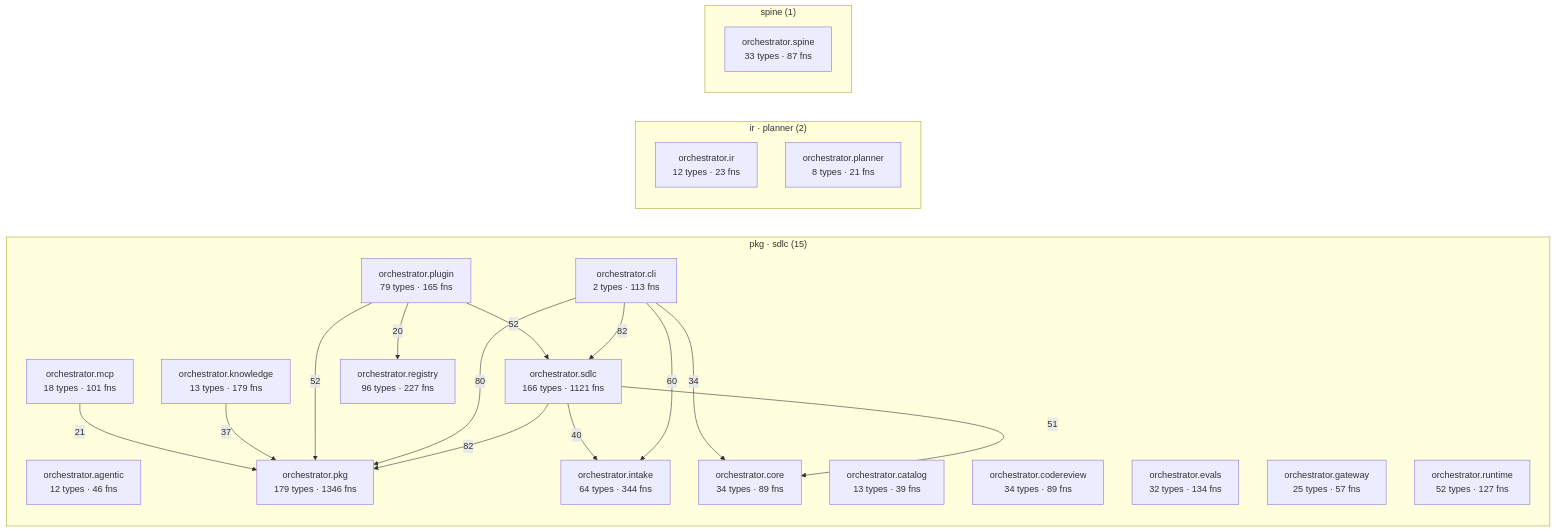
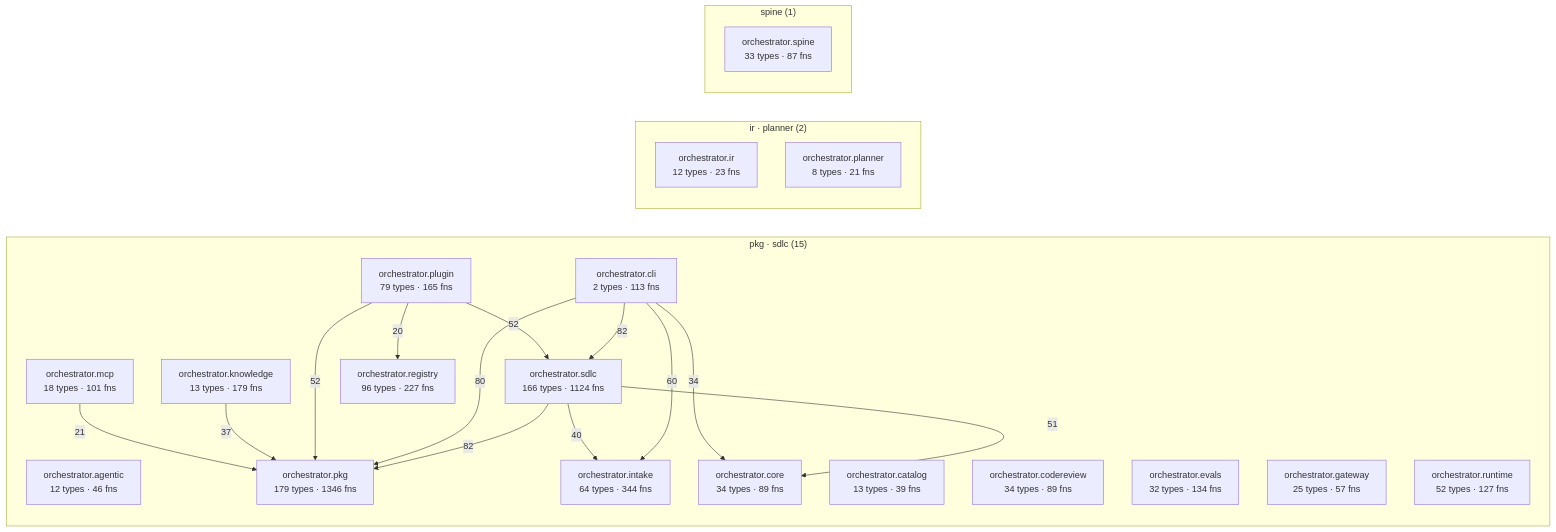
The diagram in episteme/architecture.md (synaptixs/spine), drawn with Mermaid before and after one commit. The commit also changed other lines of this file and 20 other files, not shown here.

````diff
--- a/episteme/architecture.md
+++ b/episteme/architecture.md
@@ -56,39 +56,39 @@
 ```mermaid
 flowchart LR
   subgraph c_2["pkg · sdlc (15)"]
     aorchestratoragentic["orchestrator.agentic<br/>12 types · 46 fns"]
     aorchestratorcatalog["orchestrator.catalog<br/>13 types · 39 fns"]
     aorchestratorcli["orchestrator.cli<br/>2 types · 113 fns"]
     aorchestratorcodereview["orchestrator.codereview<br/>34 types · 89 fns"]
     aorchestratorcore["orchestrator.core<br/>34 types · 89 fns"]
     aorchestratorevals["orchestrator.evals<br/>32 types · 134 fns"]
     aorchestratorgateway["orchestrator.gateway<br/>25 types · 57 fns"]
     aorchestratorintake["orchestrator.intake<br/>64 types · 344 fns"]
     aorchestratorknowledge["orchestrator.knowledge<br/>13 types · 179 fns"]
     aorchestratormcp["orchestrator.mcp<br/>18 types · 101 fns"]
     aorchestratorpkg["orchestrator.pkg<br/>179 types · 1346 fns"]
     aorchestratorplugin["orchestrator.plugin<br/>79 types · 165 fns"]
     aorchestratorregistry["orchestrator.registry<br/>96 types · 227 fns"]
     aorchestratorruntime["orchestrator.runtime<br/>52 types · 127 fns"]
-    aorchestratorsdlc["orchestrator.sdlc<br/>166 types · 1121 fns"]
+    aorchestratorsdlc["orchestrator.sdlc<br/>166 types · 1124 fns"]
   end
   subgraph c_5["ir · planner (2)"]
     aorchestratorir["orchestrator.ir<br/>12 types · 23 fns"]
     aorchestratorplanner["orchestrator.planner<br/>8 types · 21 fns"]
   end
   subgraph c_10["spine (1)"]
     aorchestratorspine["orchestrator.spine<br/>33 types · 87 fns"]
   end
   aorchestratorcli -->|82| aorchestratorsdlc
   aorchestratorsdlc -->|82| aorchestratorpkg
   aorchestratorcli -->|80| aorchestratorpkg
   aorchestratorcli -->|60| aorchestratorintake
   aorchestratorplugin -->|52| aorchestratorpkg
   aorchestratorplugin -->|52| aorchestratorsdlc
   aorchestratorsdlc -->|51| aorchestratorcore
   aorchestratorsdlc -->|40| aorchestratorintake
   aorchestratorknowledge -->|37| aorchestratorpkg
   aorchestratorcli -->|34| aorchestratorcore
   aorchestratormcp -->|21| aorchestratorpkg
   aorchestratorplugin -->|20| aorchestratorregistry
 ```
````
